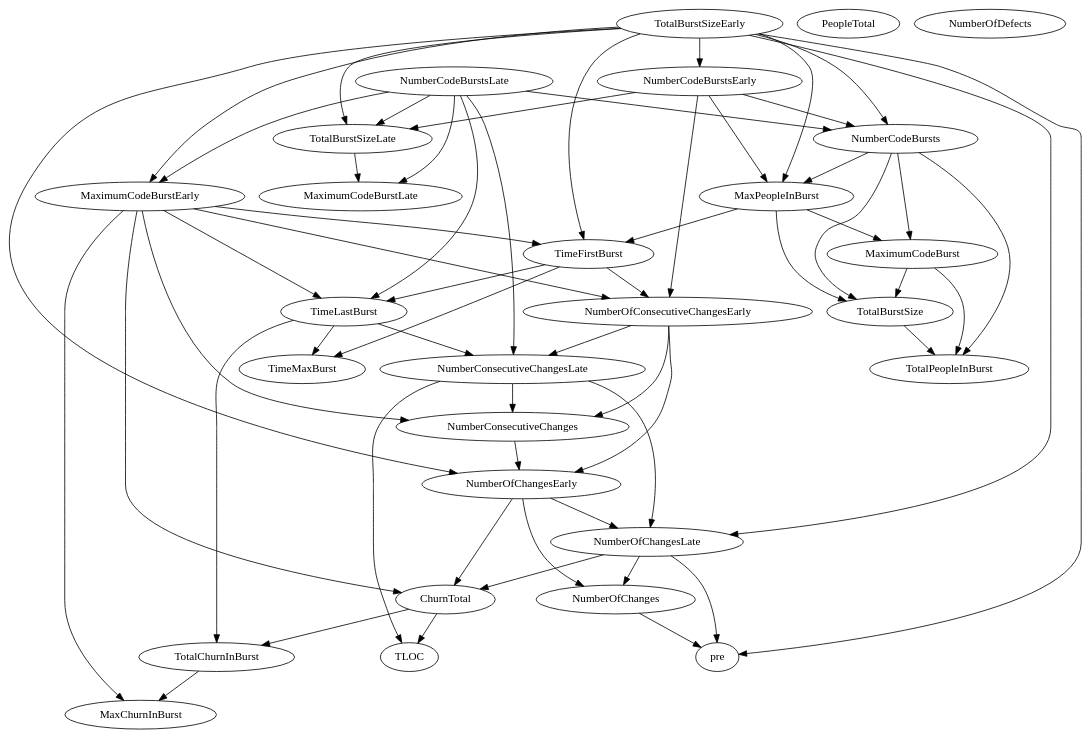
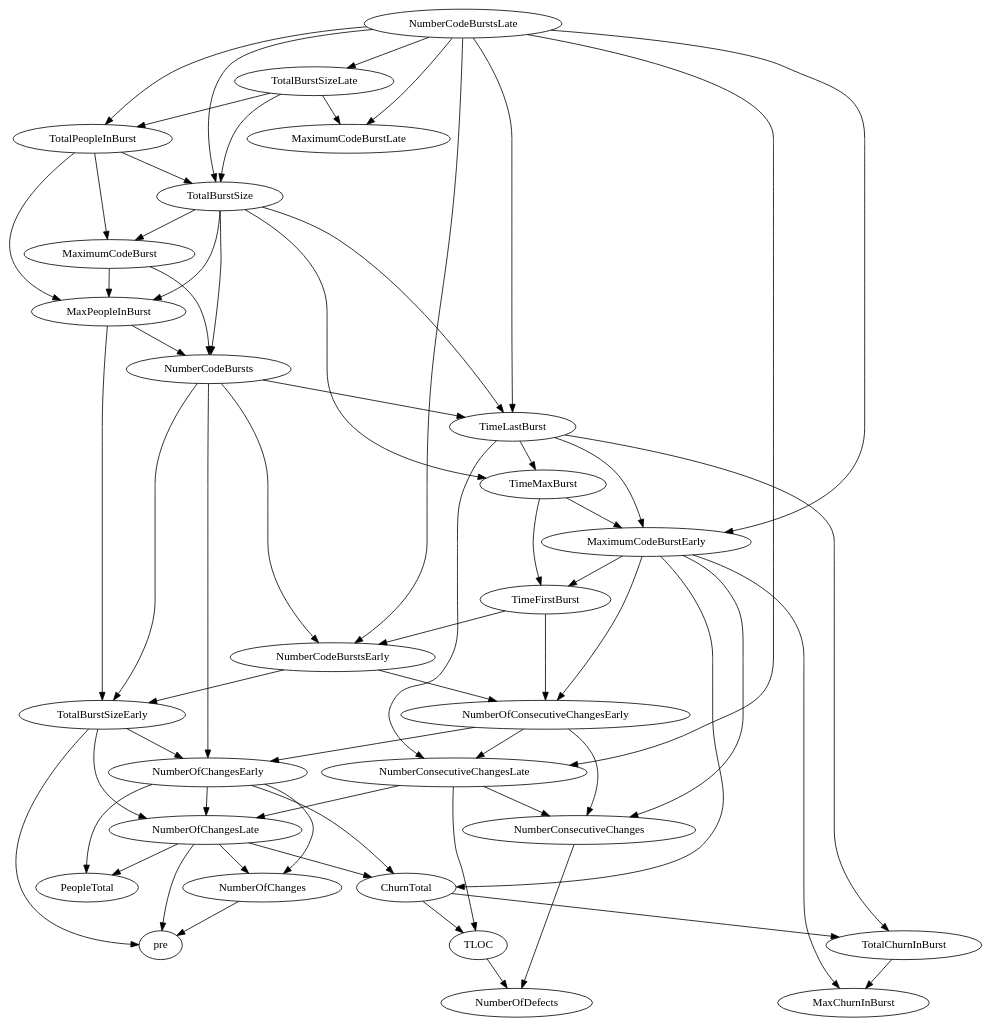
One commit to Broshen/defect_prediction_analysis changed the diagram in experiment_3/bn_graphs/weekly/classes/ECLIPSE20_GAP3-3_BURST3-3/ECLIPSE20_GAP3-3_BURST3-3_bn_10.dot. Above: the diagram before and after it, drawn with Graphviz. The commit also changed 340 other files, not shown here.

```diff
--- a/experiment_3/bn_graphs/weekly/classes/ECLIPSE20_GAP3-3_BURST3-3/ECLIPSE20_GAP3-3_BURST3-3_bn_10.dot
+++ b/experiment_3/bn_graphs/weekly/classes/ECLIPSE20_GAP3-3_BURST3-3/ECLIPSE20_GAP3-3_BURST3-3_bn_10.dot
@@ -1,88 +1,94 @@
 digraph {
    TotalPeopleInBurst;
    MaximumCodeBurstLate;
    NumberOfChanges;
    MaxPeopleInBurst;
    TotalBurstSizeLate;
    NumberCodeBurstsLate;
    NumberOfChangesLate;
    NumberOfChangesEarly;
    MaxChurnInBurst;
    MaximumCodeBurstEarly;
    NumberCodeBurstsEarly;
    TimeFirstBurst;
    TotalChurnInBurst;
    ChurnTotal;
    MaximumCodeBurst;
    NumberOfConsecutiveChangesEarly;
    NumberConsecutiveChangesLate;
    TotalBurstSizeEarly;
    TotalBurstSize;
    TimeMaxBurst;
    NumberConsecutiveChanges;
    TimeLastBurst;
    NumberCodeBursts;
    PeopleTotal;
    pre;
    NumberOfDefects;
    TLOC;
+   TotalPeopleInBurst -> MaxPeopleInBurst;
+   TotalPeopleInBurst -> MaximumCodeBurst;
+   TotalPeopleInBurst -> TotalBurstSize;
    NumberOfChanges -> pre;
-   MaxPeopleInBurst -> TimeFirstBurst;
-   MaxPeopleInBurst -> MaximumCodeBurst;
-   MaxPeopleInBurst -> TotalBurstSize;
+   MaxPeopleInBurst -> TotalBurstSizeEarly;
+   MaxPeopleInBurst -> NumberCodeBursts;
+   TotalBurstSizeLate -> TotalPeopleInBurst;
    TotalBurstSizeLate -> MaximumCodeBurstLate;
+   TotalBurstSizeLate -> TotalBurstSize;
+   NumberCodeBurstsLate -> TotalPeopleInBurst;
    NumberCodeBurstsLate -> MaximumCodeBurstLate;
    NumberCodeBurstsLate -> TotalBurstSizeLate;
    NumberCodeBurstsLate -> MaximumCodeBurstEarly;
+   NumberCodeBurstsLate -> NumberCodeBurstsEarly;
    NumberCodeBurstsLate -> NumberConsecutiveChangesLate;
+   NumberCodeBurstsLate -> TotalBurstSize;
    NumberCodeBurstsLate -> TimeLastBurst;
-   NumberCodeBurstsLate -> NumberCodeBursts;
    NumberOfChangesLate -> NumberOfChanges;
    NumberOfChangesLate -> ChurnTotal;
+   NumberOfChangesLate -> PeopleTotal;
    NumberOfChangesLate -> pre;
    NumberOfChangesEarly -> NumberOfChanges;
    NumberOfChangesEarly -> NumberOfChangesLate;
    NumberOfChangesEarly -> ChurnTotal;
+   NumberOfChangesEarly -> PeopleTotal;
    MaximumCodeBurstEarly -> MaxChurnInBurst;
    MaximumCodeBurstEarly -> TimeFirstBurst;
    MaximumCodeBurstEarly -> ChurnTotal;
    MaximumCodeBurstEarly -> NumberOfConsecutiveChangesEarly;
    MaximumCodeBurstEarly -> NumberConsecutiveChanges;
-   MaximumCodeBurstEarly -> TimeLastBurst;
-   NumberCodeBurstsEarly -> MaxPeopleInBurst;
-   NumberCodeBurstsEarly -> TotalBurstSizeLate;
    NumberCodeBurstsEarly -> NumberOfConsecutiveChangesEarly;
-   NumberCodeBurstsEarly -> NumberCodeBursts;
+   NumberCodeBurstsEarly -> TotalBurstSizeEarly;
+   TimeFirstBurst -> NumberCodeBurstsEarly;
    TimeFirstBurst -> NumberOfConsecutiveChangesEarly;
-   TimeFirstBurst -> TimeMaxBurst;
-   TimeFirstBurst -> TimeLastBurst;
    TotalChurnInBurst -> MaxChurnInBurst;
    ChurnTotal -> TotalChurnInBurst;
    ChurnTotal -> TLOC;
-   MaximumCodeBurst -> TotalPeopleInBurst;
-   MaximumCodeBurst -> TotalBurstSize;
+   MaximumCodeBurst -> MaxPeopleInBurst;
+   MaximumCodeBurst -> NumberCodeBursts;
    NumberOfConsecutiveChangesEarly -> NumberOfChangesEarly;
    NumberOfConsecutiveChangesEarly -> NumberConsecutiveChangesLate;
    NumberOfConsecutiveChangesEarly -> NumberConsecutiveChanges;
    NumberConsecutiveChangesLate -> NumberOfChangesLate;
    NumberConsecutiveChangesLate -> NumberConsecutiveChanges;
    NumberConsecutiveChangesLate -> TLOC;
-   TotalBurstSizeEarly -> MaxPeopleInBurst;
-   TotalBurstSizeEarly -> TotalBurstSizeLate;
    TotalBurstSizeEarly -> NumberOfChangesLate;
    TotalBurstSizeEarly -> NumberOfChangesEarly;
-   TotalBurstSizeEarly -> MaximumCodeBurstEarly;
-   TotalBurstSizeEarly -> NumberCodeBurstsEarly;
-   TotalBurstSizeEarly -> TimeFirstBurst;
-   TotalBurstSizeEarly -> NumberCodeBursts;
    TotalBurstSizeEarly -> pre;
-   TotalBurstSize -> TotalPeopleInBurst;
-   NumberConsecutiveChanges -> NumberOfChangesEarly;
+   TotalBurstSize -> MaxPeopleInBurst;
+   TotalBurstSize -> MaximumCodeBurst;
+   TotalBurstSize -> TimeMaxBurst;
+   TotalBurstSize -> TimeLastBurst;
+   TotalBurstSize -> NumberCodeBursts;
+   TimeMaxBurst -> MaximumCodeBurstEarly;
+   TimeMaxBurst -> TimeFirstBurst;
+   NumberConsecutiveChanges -> NumberOfDefects;
+   TimeLastBurst -> MaximumCodeBurstEarly;
    TimeLastBurst -> TotalChurnInBurst;
    TimeLastBurst -> NumberConsecutiveChangesLate;
    TimeLastBurst -> TimeMaxBurst;
-   NumberCodeBursts -> TotalPeopleInBurst;
-   NumberCodeBursts -> MaxPeopleInBurst;
-   NumberCodeBursts -> MaximumCodeBurst;
-   NumberCodeBursts -> TotalBurstSize;
+   NumberCodeBursts -> NumberOfChangesEarly;
+   NumberCodeBursts -> NumberCodeBurstsEarly;
+   NumberCodeBursts -> TotalBurstSizeEarly;
+   NumberCodeBursts -> TimeLastBurst;
+   TLOC -> NumberOfDefects;
 }
```
